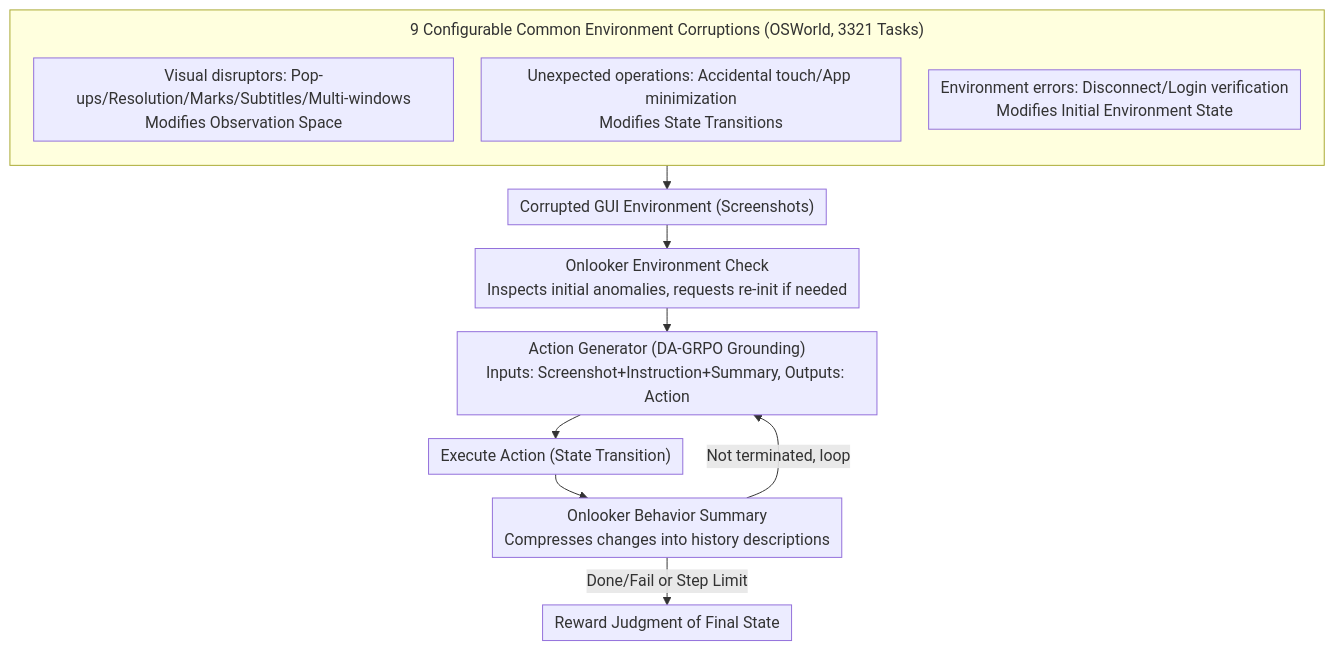
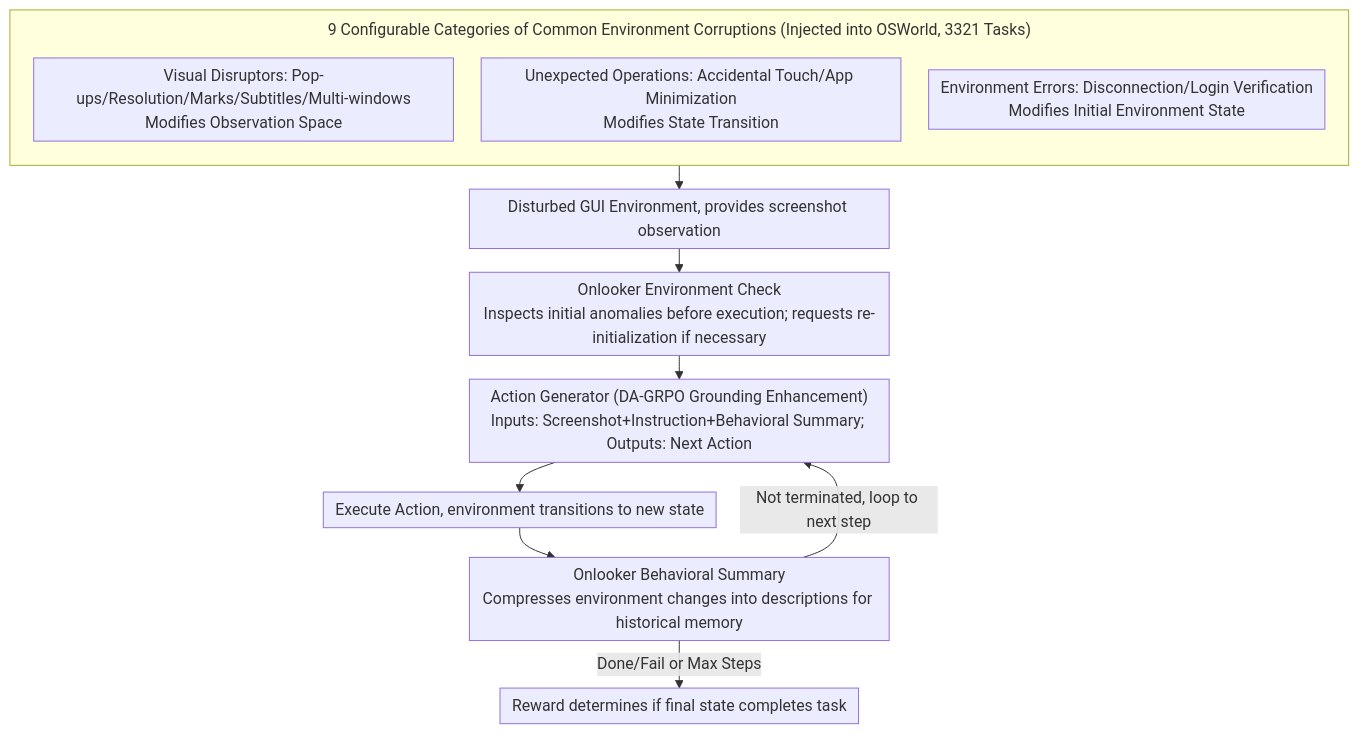
One commit to zhaoyang97/Paper-Notes-en changed the diagram in docs/ICML2026/multimodal_vlm/agenthijack_benchmarking_computer_use_agent_robustness_to_common_environment_cor.md. Above: the diagram before and after it, drawn with Mermaid. The commit also changed other lines of this file and 5084 other files, not shown here.

````diff
--- a/docs/ICML2026/multimodal_vlm/agenthijack_benchmarking_computer_use_agent_robustness_to_common_environment_cor.md
+++ b/docs/ICML2026/multimodal_vlm/agenthijack_benchmarking_computer_use_agent_robustness_to_common_environment_cor.md
@@ -50,17 +50,17 @@
 ```mermaid
 %%{init: {'flowchart': {'rankSpacing': 24, 'nodeSpacing': 28, 'padding': 6, 'wrappingWidth': 400, 'subGraphTitleMargin': {'top': 8, 'bottom': 16}}}}%%
 flowchart TD
-    subgraph CORRUPT["9 Configurable Common Environment Corruptions (OSWorld, 3321 Tasks)"]
+    subgraph CORRUPT["9 Configurable Categories of Common Environment Corruptions (Injected into OSWorld, 3321 Tasks)"]
         direction TB
-        V["Visual disruptors: Pop-ups/Resolution/Marks/Subtitles/Multi-windows<br/>Modifies Observation Space"]
-        U["Unexpected operations: Accidental touch/App minimization<br/>Modifies State Transitions"]
-        E["Environment errors: Disconnect/Login verification<br/>Modifies Initial Environment State"]
+        V["Visual Disruptors: Pop-ups/Resolution/Marks/Subtitles/Multi-windows<br/>Modifies Observation Space"]
+        U["Unexpected Operations: Accidental Touch/App Minimization<br/>Modifies State Transition"]
+        E["Environment Errors: Disconnection/Login Verification<br/>Modifies Initial Environment State"]
     end
-    CORRUPT --> ENV["Corrupted GUI Environment (Screenshots)"]
-    ENV --> CHECK["Onlooker Environment Check<br/>Inspects initial anomalies, requests re-init if needed"]
-    CHECK --> AG["Action Generator (DA-GRPO Grounding)<br/>Inputs: Screenshot+Instruction+Summary, Outputs: Action"]
-    AG --> ACT["Execute Action (State Transition)"]
-    ACT --> SUM["Onlooker Behavior Summary<br/>Compresses changes into history descriptions"]
-    SUM -->|Not terminated, loop| AG
-    SUM -->|Done/Fail or Step Limit| R["Reward Judgment of Final State"]
+    CORRUPT --> ENV["Disturbed GUI Environment, provides screenshot observation"]
+    ENV --> CHECK["Onlooker Environment Check<br/>Inspects initial anomalies before execution; requests re-initialization if necessary"]
+    CHECK --> AG["Action Generator (DA-GRPO Grounding Enhancement)<br/>Inputs: Screenshot+Instruction+Behavioral Summary; Outputs: Next Action"]
+    AG --> ACT["Execute Action, environment transitions to new state"]
+    ACT --> SUM["Onlooker Behavioral Summary<br/>Compresses environment changes into descriptions for historical memory"]
+    SUM -->|Not terminated, loop to next step| AG
+    SUM -->|Done/Fail or Max Steps| R["Reward determines if final state completes task"]
 ```
````
